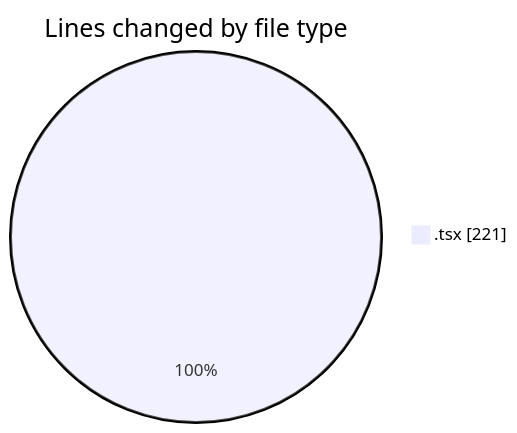
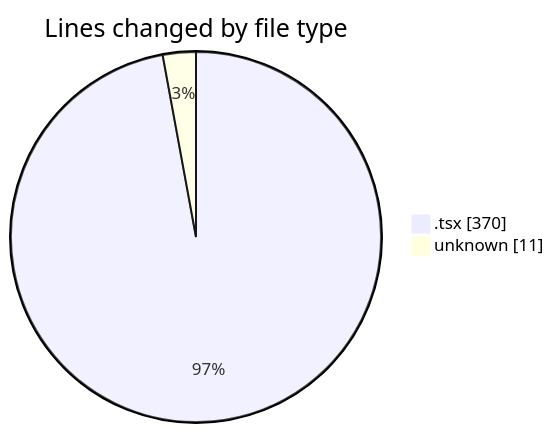
Before and after one commit to JenPaints/code-tracking: the first of 2 diagrams in 2025-06-10/kimberly-groups/README.md, drawn with Mermaid. The commit also changed other lines of this file and 1 other file, not shown here.

````diff
--- a/2025-06-10/kimberly-groups/README.md
+++ b/2025-06-10/kimberly-groups/README.md
@@ -20,5 +22,6 @@
 ```mermaid
 pie showData
 title Lines changed by file type
-".tsx" : 221
+".tsx" : 370
+"unknown" : 11
 ```
````
